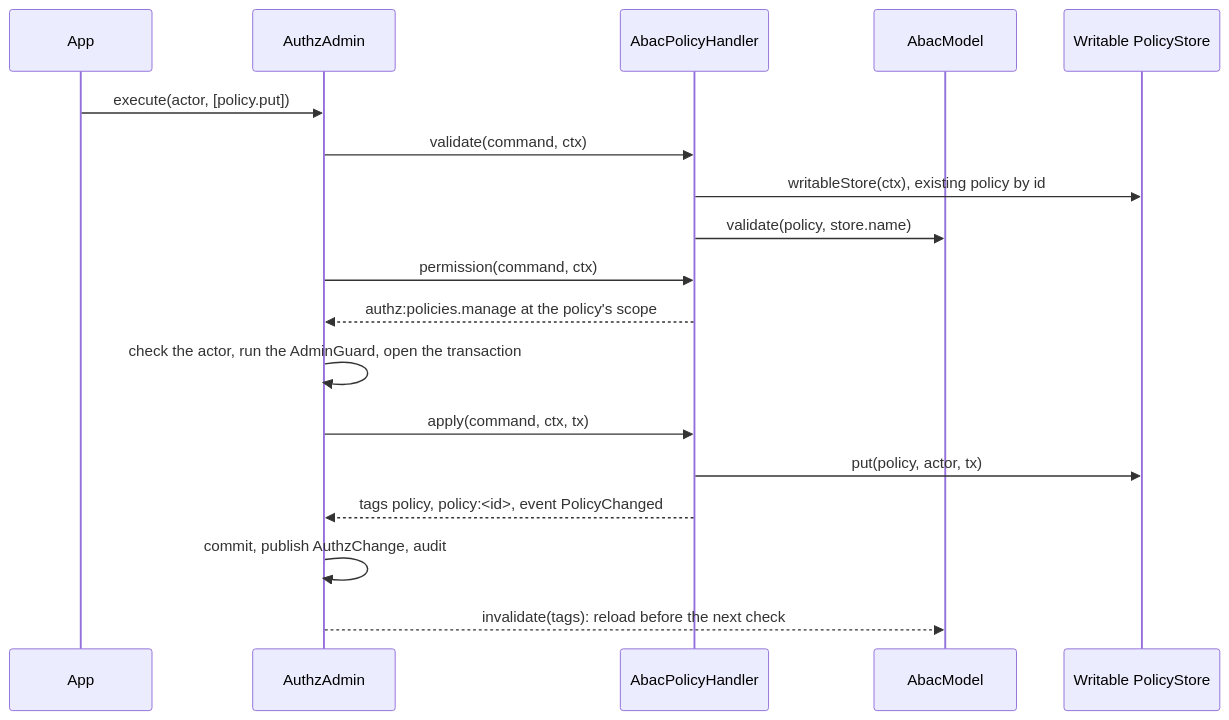
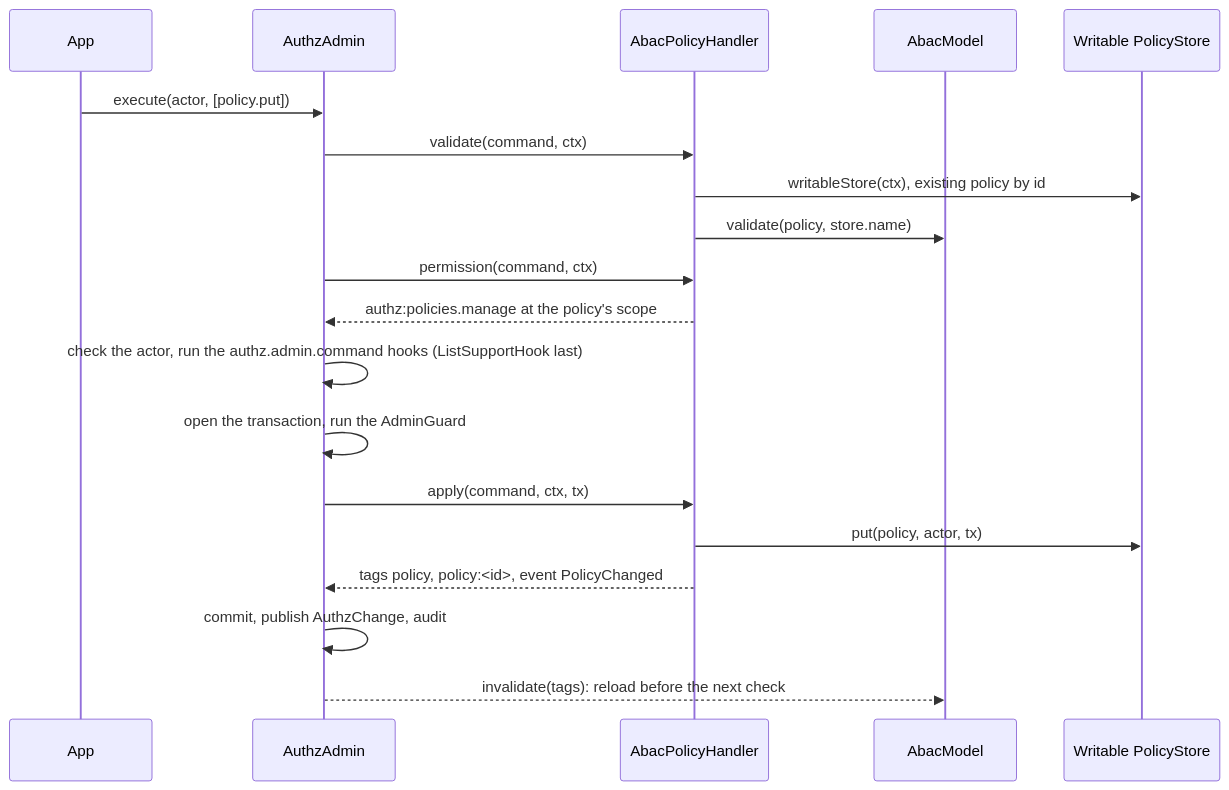
The diagram in docs/authz-abac/07-policy-administration.md (spinajs/main), drawn with Mermaid before and after one commit. The commit also changed other lines of this file and 11 other files, not shown here.

First line of the commit message:
docs: session start, impersonation start and list-support hooks in the flow and admin pages

````diff
--- a/docs/authz-abac/07-policy-administration.md
+++ b/docs/authz-abac/07-policy-administration.md
@@ -30,20 +30,21 @@
 ```mermaid
 sequenceDiagram
   participant App
   participant A as AuthzAdmin
   participant H as AbacPolicyHandler
   participant M as AbacModel
   participant S as Writable PolicyStore
   App->>A: execute(actor, [policy.put])
   A->>H: validate(command, ctx)
   H->>S: writableStore(ctx), existing policy by id
   H->>M: validate(policy, store.name)
   A->>H: permission(command, ctx)
   H-->>A: authz:policies.manage at the policy's scope
-  A->>A: check the actor, run the AdminGuard, open the transaction
+  A->>A: check the actor, run the authz.admin.command hooks (ListSupportHook last)
+  A->>A: open the transaction, run the AdminGuard
   A->>H: apply(command, ctx, tx)
   H->>S: put(policy, actor, tx)
   H-->>A: tags policy, policy:<id>, event PolicyChanged
   A->>A: commit, publish AuthzChange, audit
   A-->>M: invalidate(tags): reload before the next check
 ```
````
